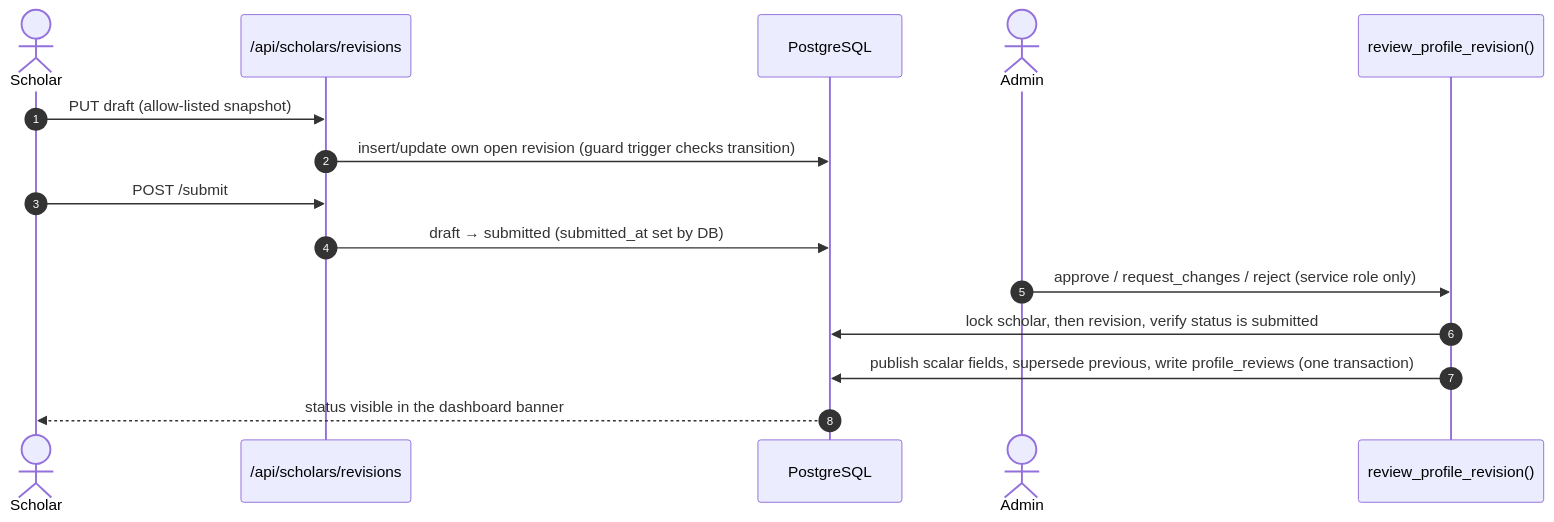
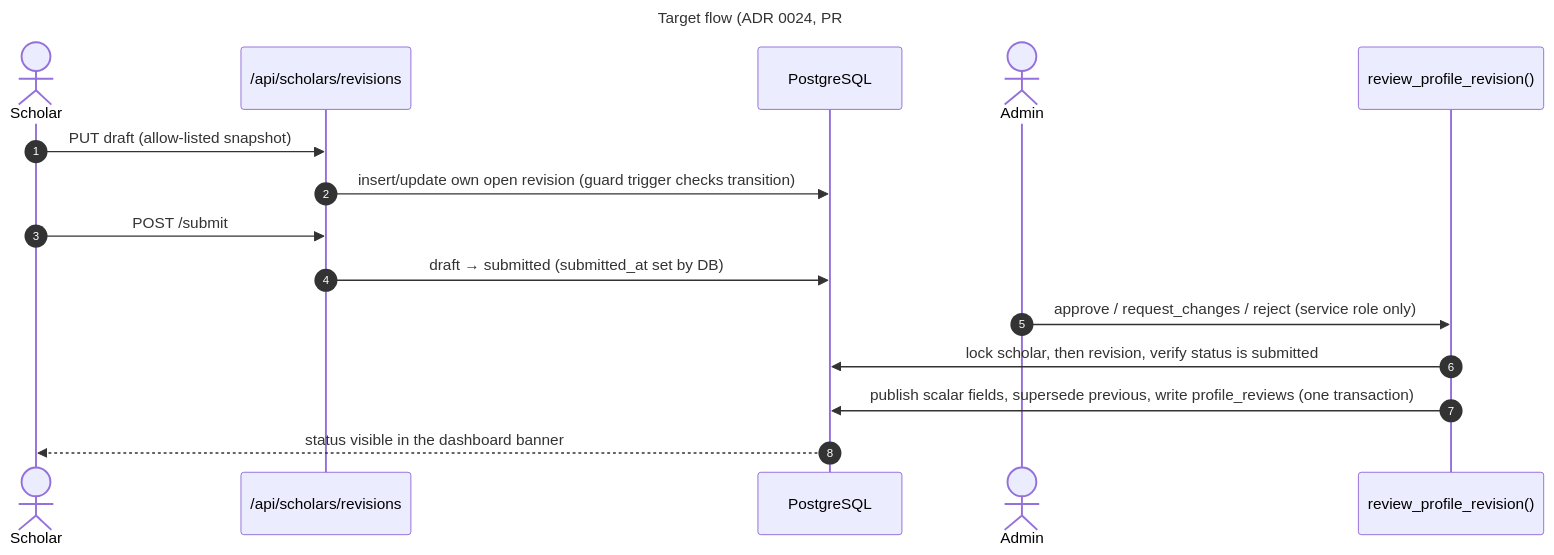
Before and after one commit to ricardojjulia/FaithFullScholars: the third of 5 diagrams in docs/architecture.md, drawn with Mermaid. The commit also changed other lines of this file and 4 other files, not shown here.

````diff
--- a/docs/architecture.md
+++ b/docs/architecture.md
@@ -94,18 +96,21 @@
 ```mermaid
+---
+title: Target flow (ADR 0024, PR #56)
+---
 sequenceDiagram
     autonumber
     actor Sch as Scholar
     participant API as /api/scholars/revisions
     participant DB as PostgreSQL
     actor Adm as Admin
     participant RPC as review_profile_revision()
 
     Sch->>API: PUT draft (allow-listed snapshot)
     API->>DB: insert/update own open revision (guard trigger checks transition)
     Sch->>API: POST /submit
     API->>DB: draft → submitted (submitted_at set by DB)
     Adm->>RPC: approve / request_changes / reject (service role only)
     RPC->>DB: lock scholar, then revision, verify status is submitted
     RPC->>DB: publish scalar fields, supersede previous, write profile_reviews (one transaction)
     DB-->>Sch: status visible in the dashboard banner
 ```
````
